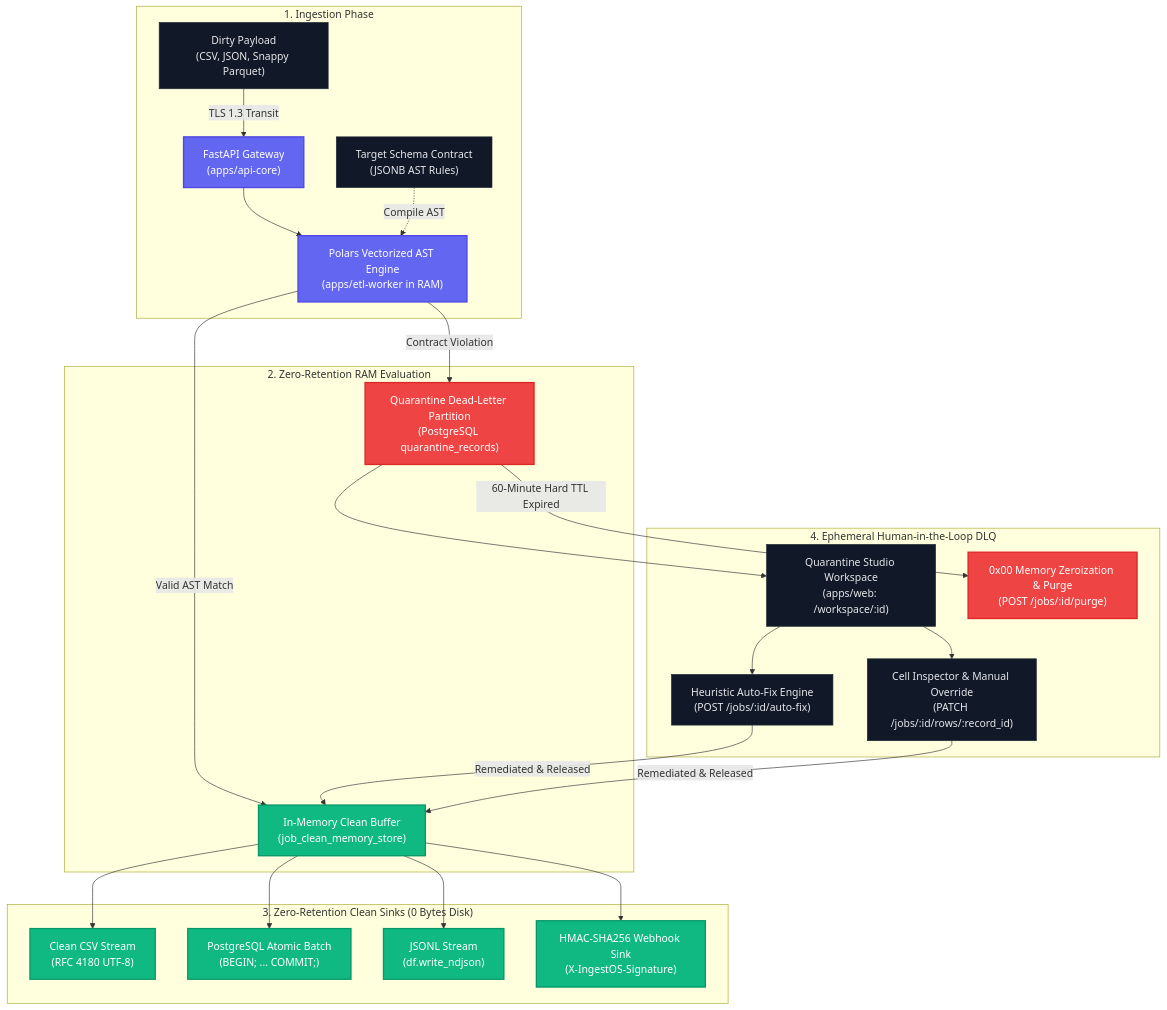
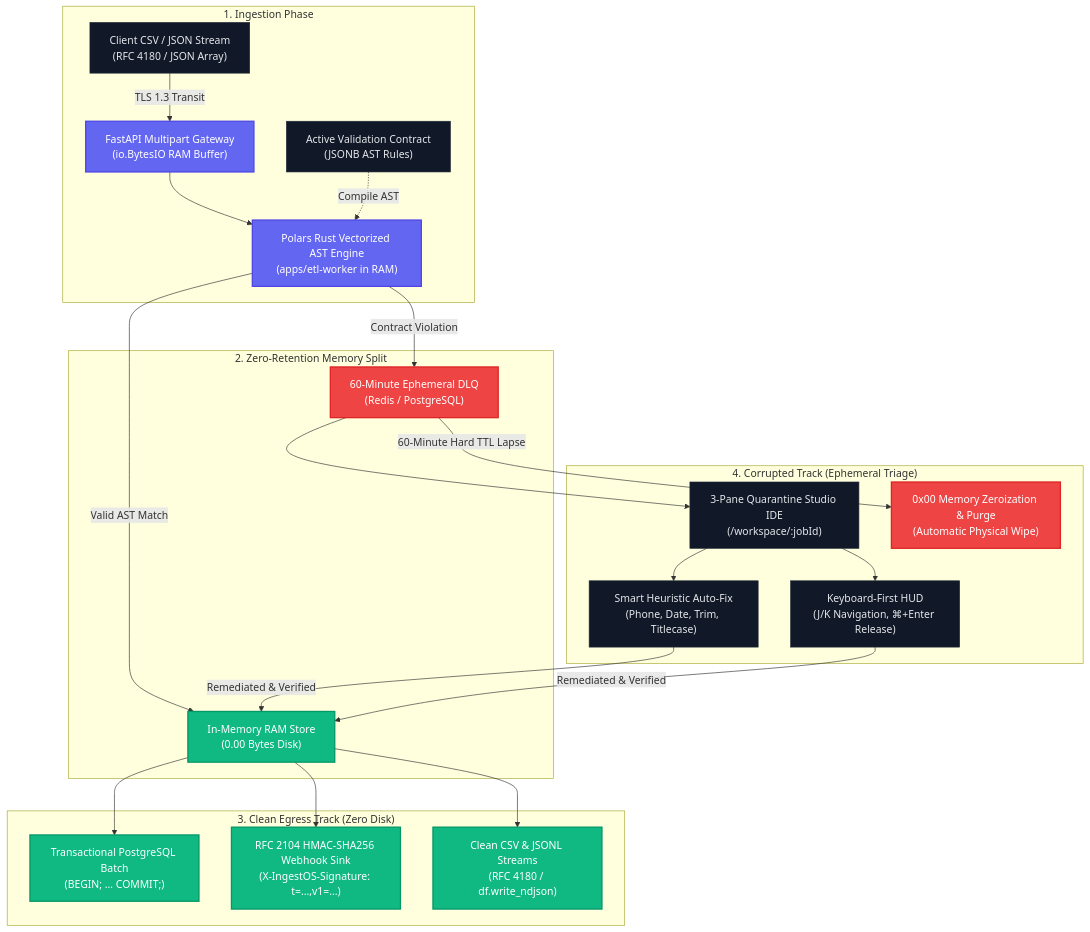
Before and after one commit to ravin972/IngestOS: the diagram in README.md, drawn with Mermaid. The commit also changed other lines of this file and 2 other files, not shown here.

Commit message:
docs(readme): add flagship system architecture, Mermaid diagram, and FDE documentation

````diff
--- a/README.md
+++ b/README.md
@@ -53,38 +40,37 @@
 ```mermaid
 flowchart TD
     subgraph Ingestion["1. Ingestion Phase"]
-        A["Dirty Payload<br/>(CSV, JSON, Snappy Parquet)"] -->|TLS 1.3 Transit| B["FastAPI Gateway<br/>(apps/api-core)"]
-        B --> C["Polars Vectorized AST Engine<br/>(apps/etl-worker in RAM)"]
-        D["Target Schema Contract<br/>(JSONB AST Rules)"] -.->|Compile AST| C
+        A["Client CSV / JSON Stream<br/>(RFC 4180 / JSON Array)"] -->|TLS 1.3 Transit| B["FastAPI Multipart Gateway<br/>(io.BytesIO RAM Buffer)"]
+        B --> C["Polars Rust Vectorized AST Engine<br/>(apps/etl-worker in RAM)"]
+        D["Active Validation Contract<br/>(JSONB AST Rules)"] -.->|Compile AST| C
     end
 
-    subgraph MemorySplit["2. Zero-Retention RAM Evaluation"]
-        C -->|Valid AST Match| E["In-Memory Clean Buffer<br/>(job_clean_memory_store)"]
-        C -->|Contract Violation| F["Quarantine Dead-Letter Partition<br/>(PostgreSQL quarantine_records)"]
+    subgraph Split["2. Zero-Retention Memory Split"]
+        C -->|Valid AST Match| E["In-Memory RAM Store<br/>(0.00 Bytes Disk)"]
+        C -->|Contract Violation| F["60-Minute Ephemeral DLQ<br/>(Redis / PostgreSQL)"]
     end
 
-    subgraph ZeroDiskEgress["3. Zero-Retention Clean Sinks (0 Bytes Disk)"]
-        E --> G["Clean CSV Stream<br/>(RFC 4180 UTF-8)"]
-        E --> H["PostgreSQL Atomic Batch<br/>(BEGIN; ... COMMIT;)"]
-        E --> I["JSONL Stream<br/>(df.write_ndjson)"]
-        E --> J["HMAC-SHA256 Webhook Sink<br/>(X-IngestOS-Signature)"]
+    subgraph CleanTrack["3. Clean Egress Track (Zero Disk)"]
+        E --> G["Transactional PostgreSQL Batch<br/>(BEGIN; ... COMMIT;)"]
+        E --> H["RFC 2104 HMAC-SHA256 Webhook Sink<br/>(X-IngestOS-Signature: t=...,v1=...)"]
+        E --> I["Clean CSV & JSONL Streams<br/>(RFC 4180 / df.write_ndjson)"]
     end
 
-    subgraph QuarantineStudio["4. Ephemeral Human-in-the-Loop DLQ"]
-        F --> K["Quarantine Studio Workspace<br/>(apps/web: /workspace/:id)"]
-        K --> L["Heuristic Auto-Fix Engine<br/>(POST /jobs/:id/auto-fix)"]
-        K --> M["Cell Inspector & Manual Override<br/>(PATCH /jobs/:id/rows/:record_id)"]
-        L & M -->|Remediated & Released| E
-        F -->|60-Minute Hard TTL Expired| N["0x00 Memory Zeroization & Purge<br/>(POST /jobs/:id/purge)"]
+    subgraph CorruptedTrack["4. Corrupted Track (Ephemeral Triage)"]
+        F --> K["3-Pane Quarantine Studio IDE<br/>(/workspace/:jobId)"]
+        K --> L["Smart Heuristic Auto-Fix<br/>(Phone, Date, Trim, Titlecase)"]
+        K --> M["Keyboard-First HUD<br/>(J/K Navigation, ⌘+Enter Release)"]
+        L & M -->|Remediated & Verified| E
+        F -->|60-Minute Hard TTL Lapse| N["0x00 Memory Zeroization & Purge<br/>(Automatic Physical Wipe)"]
     end
 
     classDef primary fill:#6366F1,stroke:#4F46E5,stroke-width:2px,color:#fff;
     classDef success fill:#10B981,stroke:#059669,stroke-width:2px,color:#fff;
     classDef danger fill:#EF4444,stroke:#DC2626,stroke-width:2px,color:#fff;
     classDef surface fill:#111827,stroke:#1F2937,stroke-width:1px,color:#E5E7EB;
 
     class B,C primary;
-    class E,G,H,I,J success;
+    class E,G,H,I success;
     class F,N danger;
     class A,D,K,L,M surface;
 ```
````
